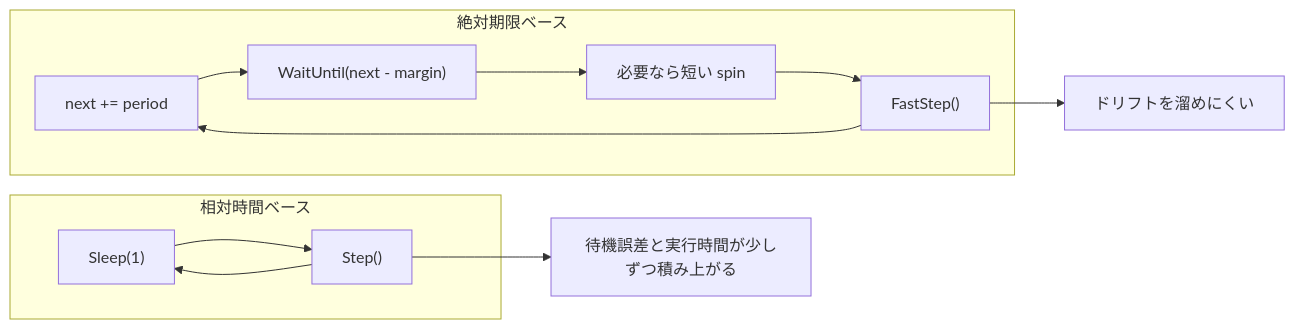
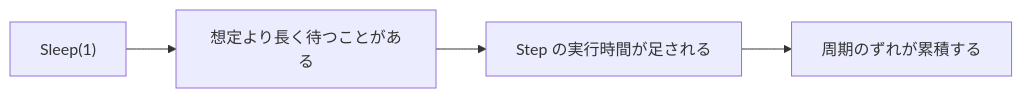
One commit to gomurin0428/KomuraSoftWeb changed the third of 7 diagrams in _posts/2026-03-09-000-windows-soft-realtime-practical-guide-natural.md. Above: the diagram before and after it, drawn with Mermaid. The commit also changed other lines of this file, not shown here.

````diff
--- a/_posts/2026-03-09-000-windows-soft-realtime-practical-guide-natural.md
+++ b/_posts/2026-03-09-000-windows-soft-realtime-practical-guide-natural.md
@@ -230,16 +182,6 @@
 ```mermaid
 flowchart LR
-    subgraph Bad["相対時間ベース"]
-        B1["Sleep(1)"] --> B2["Step()"]
-        B2 --> B1
-    end
-    B2 --> B3["待機誤差と実行時間が少しずつ積み上がる"]
-
-    subgraph Good["絶対期限ベース"]
-        G1["next += period"] --> G2["WaitUntil(next - margin)"]
-        G2 --> G3["必要なら短い spin"]
-        G3 --> G4["FastStep()"]
-        G4 --> G1
-    end
-    G4 --> G5["ドリフトを溜めにくい"]
+    a["Sleep(1)"] --> b["想定より長く待つことがある"]
+    b --> c["Step の実行時間が足される"]
+    c --> d["周期のずれが累積する"]
 ```
````
